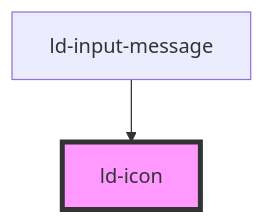
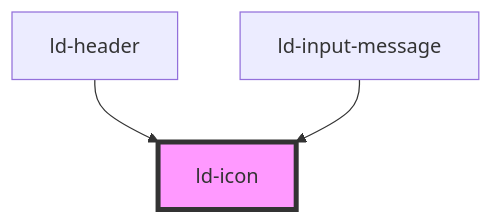
One commit to emdgroup-liquid/liquid changed the diagram in src/liquid/components/ld-icon/readme.md. Above: the diagram before and after it, drawn with Mermaid. The commit also changed other lines of this file and 5 other files, not shown here.

````diff
--- a/src/liquid/components/ld-icon/readme.md
+++ b/src/liquid/components/ld-icon/readme.md
@@ -279,5 +280,6 @@
 ```mermaid
 graph TD;
+  ld-header --> ld-icon
   ld-input-message --> ld-icon
   style ld-icon fill:#f9f,stroke:#333,stroke-width:4px
 ```
````
